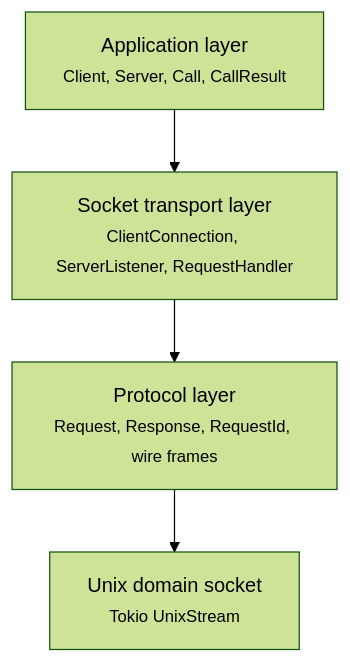
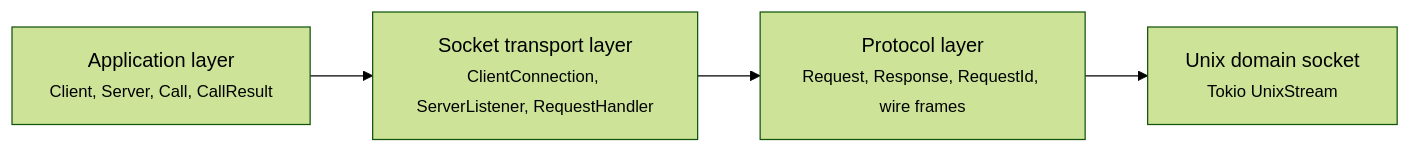
One commit to rust10x/rust10x changed the second of 7 diagrams in handbook/guide/domain/ipc/ipc-socket-design.md. Above: the diagram before and after it, drawn with Mermaid (forest theme). The commit also changed other lines of this file, not shown here.

````diff
--- a/handbook/guide/domain/ipc/ipc-socket-design.md
+++ b/handbook/guide/domain/ipc/ipc-socket-design.md
@@ -34,11 +34,11 @@
 ```mermaid
-flowchart TB
+flowchart LR
     App["Application layer<br /><small>Client, Server, Call, CallResult</small>"]
     Transport["Socket transport layer<br /><small>ClientConnection, ServerListener, RequestHandler</small>"]
     Protocol["Protocol layer<br /><small>Request, Response, RequestId, wire frames</small>"]
     Unix["Unix domain socket<br /><small>Tokio UnixStream</small>"]
 
     App --> Transport
     Transport --> Protocol
     Protocol --> Unix
 ```
````
